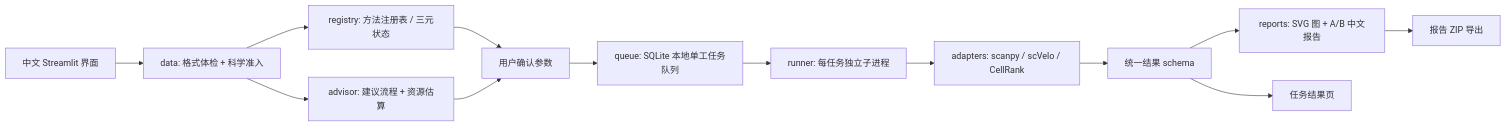
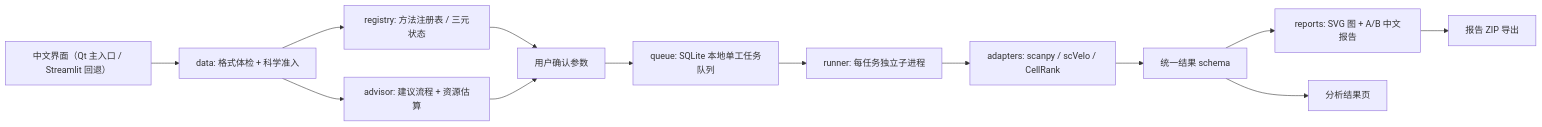
The diagram in docs/架构与MVP.md (yangfang041225/CellFlow), drawn with Mermaid before and after one commit. The commit also changed other lines of this file and 9 other files, not shown here.

````diff
--- a/docs/架构与MVP.md
+++ b/docs/架构与MVP.md
@@ -12,15 +16,15 @@
 ```mermaid
 flowchart LR
-    U[中文 Streamlit 界面] --> V[data: 格式体检 + 科学准入]
+    U[中文界面（Qt 主入口 / Streamlit 回退）] --> V[data: 格式体检 + 科学准入]
     V --> G[registry: 方法注册表 / 三元状态]
     V --> A[advisor: 建议流程 + 资源估算]
     G --> C[用户确认参数]
     A --> C
     C --> Q[queue: SQLite 本地单工任务队列]
     Q --> S[runner: 每任务独立子进程]
     S --> M[adapters: scanpy / scVelo / CellRank]
     M --> O[统一结果 schema]
     O --> F[reports: SVG 图 + A/B 中文报告]
-    O --> UI[任务结果页]
+    O --> UI[分析结果页]
     F --> Z[报告 ZIP 导出]
 ```
````
